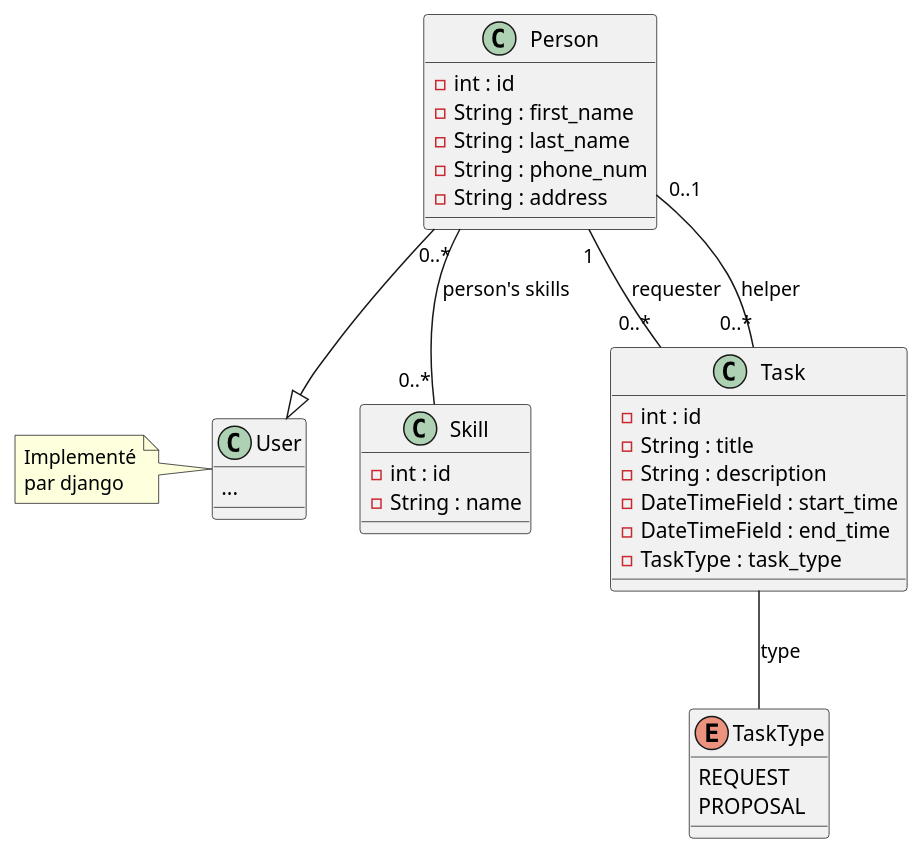
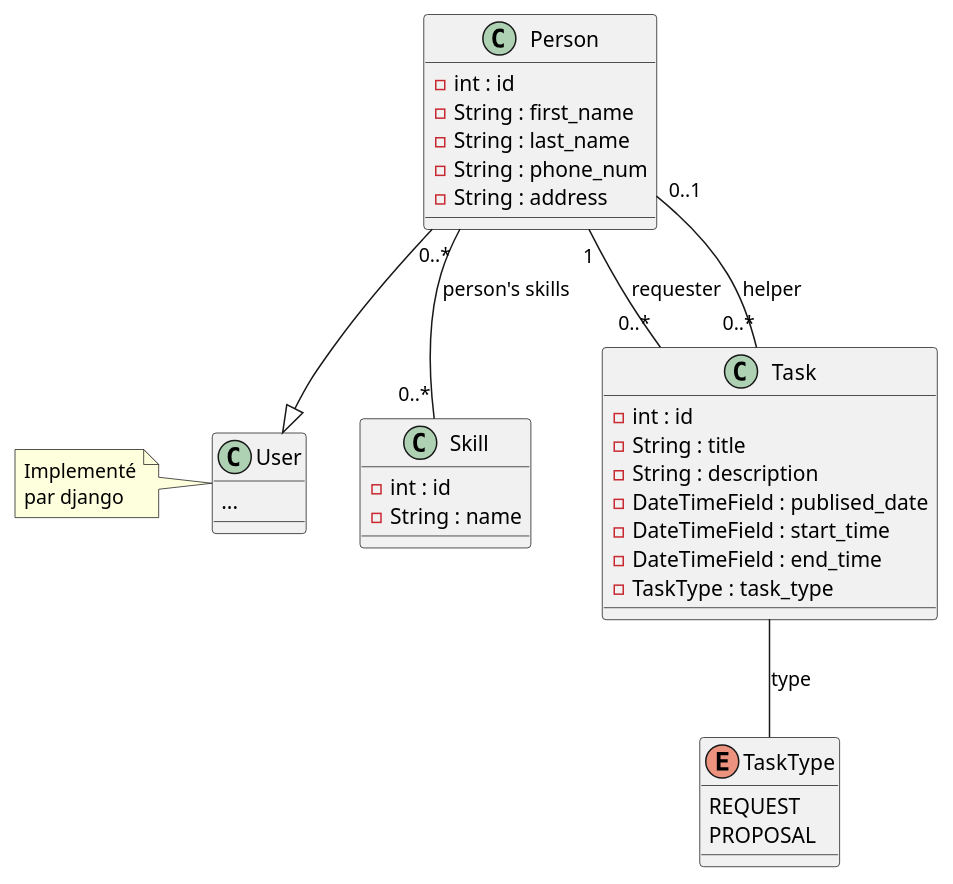
Before and after one commit to rdpt03/FMS-PYDJANGO-EVAL-Partage-Competences: the diagram in Docs/class.puml, drawn with PlantUML.

Commit message:
add published date

```diff
--- a/Docs/class.puml
+++ b/Docs/class.puml
@@ -1,47 +1,48 @@
 @startuml
 'https://plantuml.com/class-diagram
 
 
 class Person {
     -int : id
     -String : first_name
     -String : last_name
     -String : phone_num
     -String : address
 }
 class Skill {
     -int : id
     -String : name
 }
 
 class Task {
     -int : id
     -String : title
     -String : description
+    -DateTimeField : publised_date
     -DateTimeField : start_time
     -DateTimeField : end_time
     -TaskType : task_type
 }
 
 enum TaskType{
     REQUEST
     PROPOSAL
 }
 
 class User{
     ...
 }
 note left of User
     Implementé
     par django
 end note
 
 ' connections
 Person --|> User
 Person "0..*" -- "0..*" Skill : person's skills
 Person "1" -- "0..*" Task : requester
 Person "0..1" -- "0..*" Task : helper
 Task -- TaskType : type
 
 
 @enduml
```
